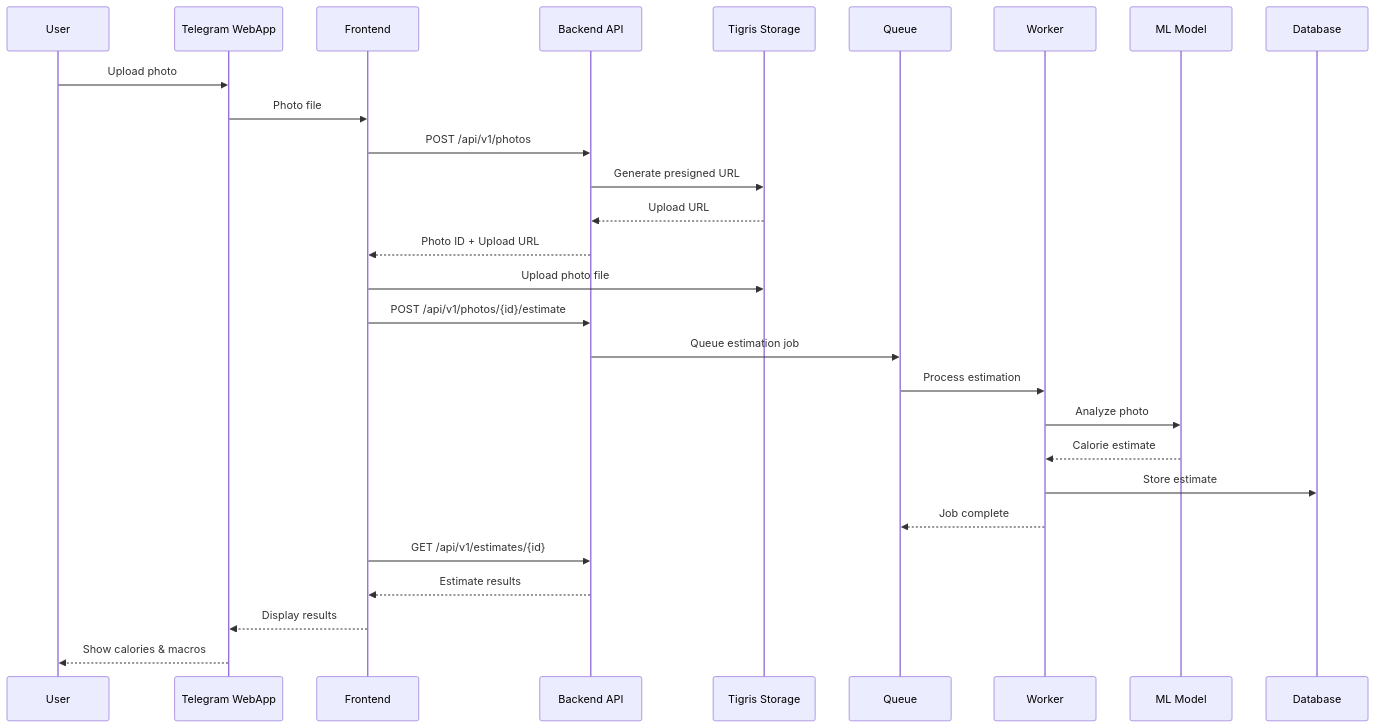
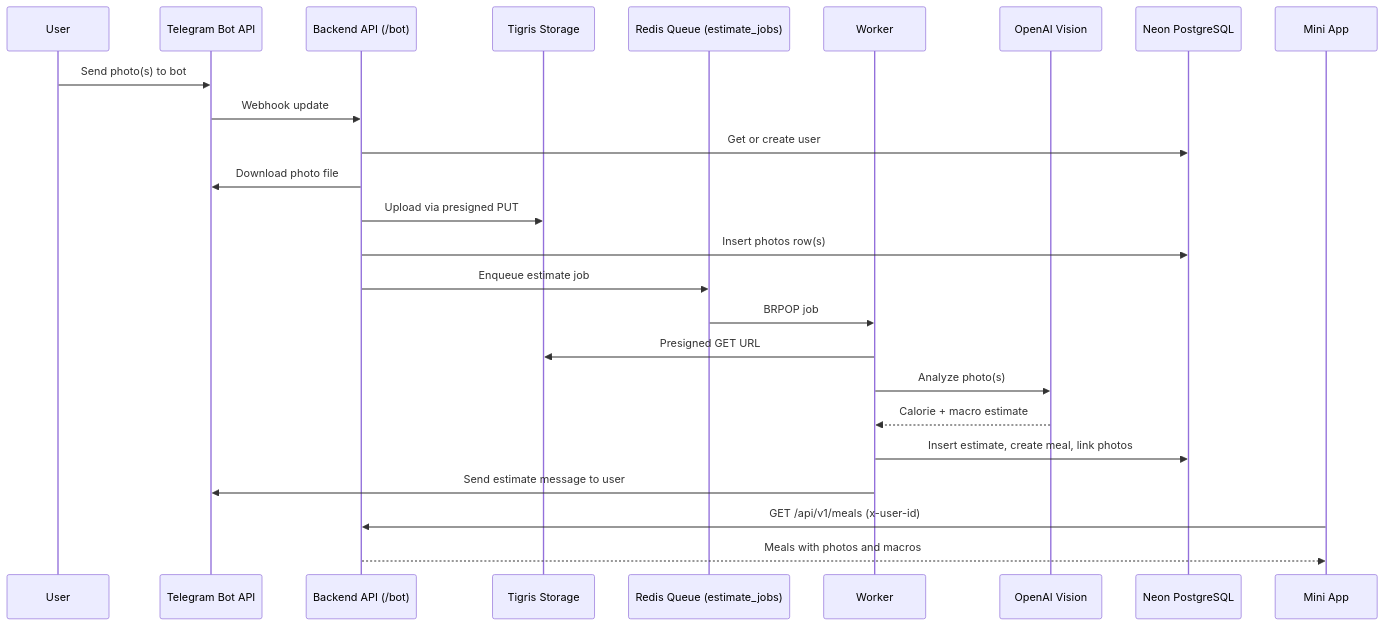
One commit to gofrolist/calorie-track-ai-bot-api changed the fifth of 14 diagrams in docs/ARCHITECTURE.md. Above: the diagram before and after it, drawn with Mermaid. The commit also changed other lines of this file and 49 other files, not shown here.

First line of the commit message:
docs: align documentation with current code and architecture

````diff
--- a/docs/ARCHITECTURE.md
+++ b/docs/ARCHITECTURE.md
@@ -362,31 +367,28 @@
 ```mermaid
 sequenceDiagram
     participant U as User
-    participant WA as Telegram WebApp
-    participant FE as Frontend
-    participant API as Backend API
+    participant TG as Telegram Bot API
+    participant API as Backend API (/bot)
     participant S3 as Tigris Storage
-    participant Q as Queue
+    participant Q as Redis Queue (estimate_jobs)
     participant W as Worker
-    participant ML as ML Model
-    participant DB as Database
+    participant ML as OpenAI Vision
+    participant DB as Neon PostgreSQL
+    participant FE as Mini App
 
-    U->>WA: Upload photo
-    WA->>FE: Photo file
-    FE->>API: POST /api/v1/photos
-    API->>S3: Generate presigned URL
-    S3-->>API: Upload URL
-    API-->>FE: Photo ID + Upload URL
-    FE->>S3: Upload photo file
-    FE->>API: POST /api/v1/photos/{id}/estimate
-    API->>Q: Queue estimation job
-    Q->>W: Process estimation
-    W->>ML: Analyze photo
-    ML-->>W: Calorie estimate
-    W->>DB: Store estimate
-    W-->>Q: Job complete
-    FE->>API: GET /api/v1/estimates/{id}
-    API-->>FE: Estimate results
-    FE-->>WA: Display results
-    WA-->>U: Show calories & macros
+    U->>TG: Send photo(s) to bot
+    TG->>API: Webhook update
+    API->>DB: Get or create user
+    API->>TG: Download photo file
+    API->>S3: Upload via presigned PUT
+    API->>DB: Insert photos row(s)
+    API->>Q: Enqueue estimate job
+    Q->>W: BRPOP job
+    W->>S3: Presigned GET URL
+    W->>ML: Analyze photo(s)
+    ML-->>W: Calorie + macro estimate
+    W->>DB: Insert estimate, create meal, link photos
+    W->>TG: Send estimate message to user
+    FE->>API: GET /api/v1/meals (x-user-id)
+    API-->>FE: Meals with photos and macros
 ```
````
